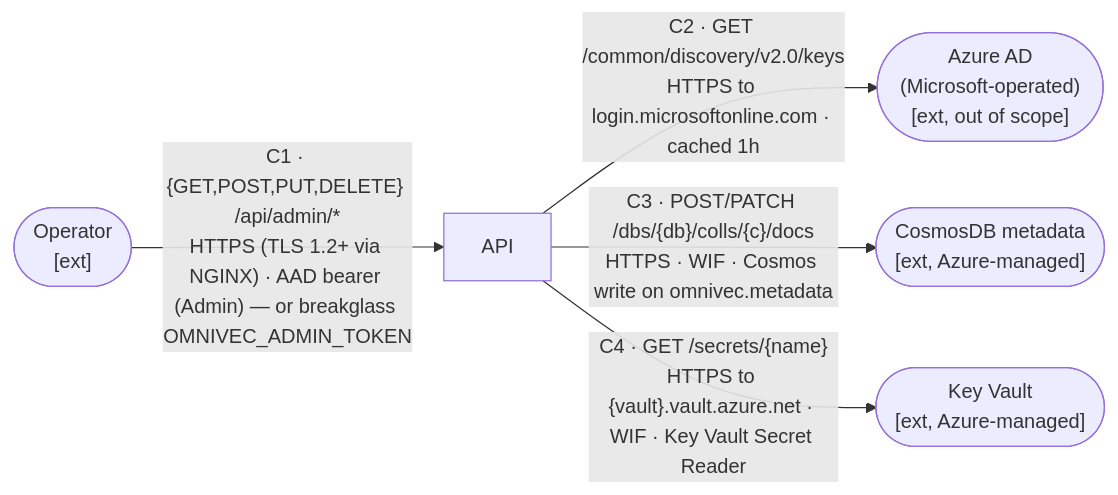
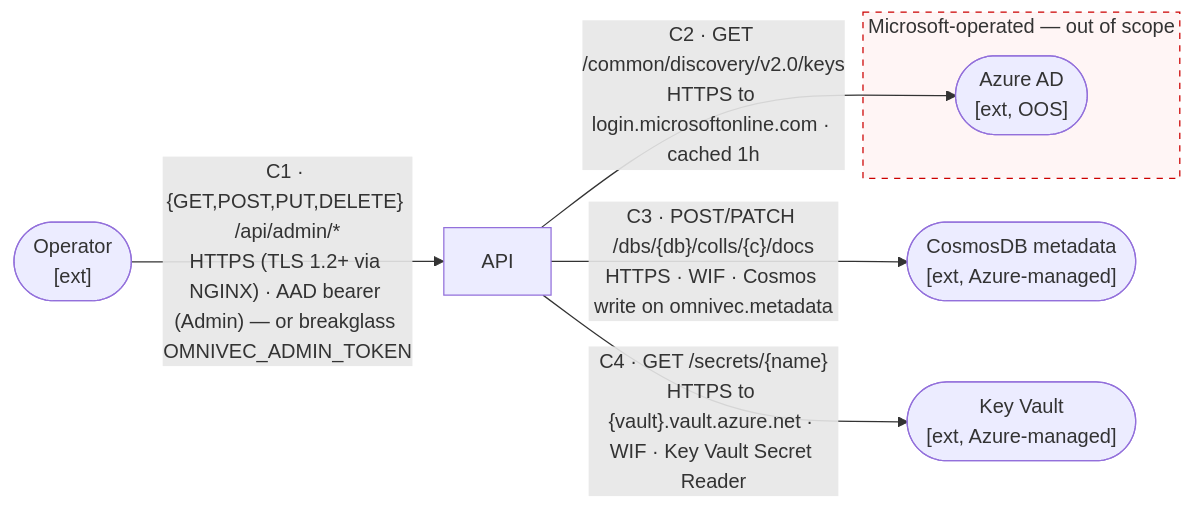
The fourth of 5 diagrams in docs/security/threat-model.md (AzureCosmosDB/OmniVec), drawn with Mermaid before and after one commit. The commit also changed other lines of this file and 2 other files, not shown here.

First line of the commit message:
security(threat-model): visually separate AAD from TB-1 into its own Microsoft OOS boundary

````diff
--- a/docs/security/threat-model.md
+++ b/docs/security/threat-model.md
@@ -199,13 +220,19 @@
 ```mermaid
 flowchart LR
   admin(["Operator<br/>[ext]"])
-  aad(["Azure AD<br/>(Microsoft-operated)<br/>[ext, out of scope]"])
+
+  subgraph msft["Microsoft-operated — out of scope"]
+    aad(["Azure AD<br/>[ext, OOS]"])
+  end
+
   api["API"]
   cmeta(["CosmosDB metadata<br/>[ext, Azure-managed]"])
   kv(["Key Vault<br/>[ext, Azure-managed]"])
 
   admin -->|"C1 · {GET,POST,PUT,DELETE} /api/admin/*<br/>HTTPS (TLS 1.2+ via NGINX) · AAD bearer (Admin) — or breakglass OMNIVEC_ADMIN_TOKEN"| api
   api -->|"C2 · GET /common/discovery/v2.0/keys<br/>HTTPS to login.microsoftonline.com · cached 1h"| aad
   api -->|"C3 · POST/PATCH /dbs/{db}/colls/{c}/docs<br/>HTTPS · WIF · Cosmos write on omnivec.metadata"| cmeta
   api -->|"C4 · GET /secrets/{name}<br/>HTTPS to {vault}.vault.azure.net · WIF · Key Vault Secret Reader"| kv
+
+  style msft fill:#fff5f5,stroke:#c00,stroke-dasharray: 5 5
 ```
````
